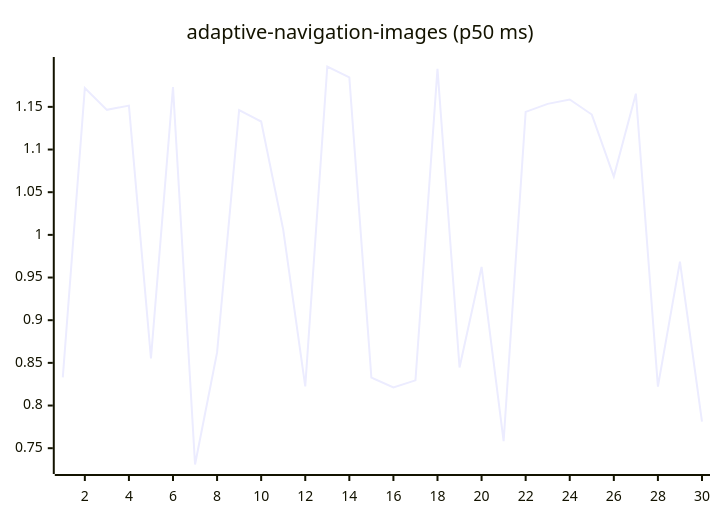
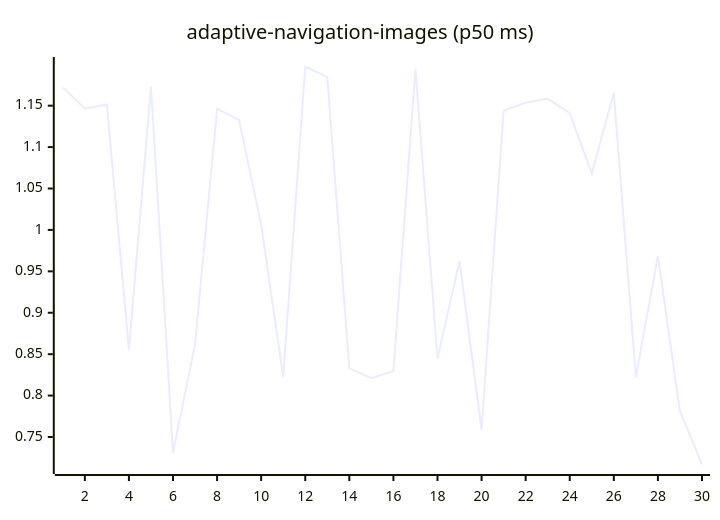
Before and after one commit to josha/Facet: the first of 27 diagrams in README.md, drawn with Mermaid. The commit also changed other lines of this file and 2 other files, not shown here.

````diff
--- a/README.md
+++ b/README.md
@@ -63,6 +63,6 @@
 ```mermaid
 xychart-beta
     title "adaptive-navigation-images (p50 ms)"
     x-axis 1 --> 30
-    line [0.8330, 1.1721, 1.1465, 1.1515, 0.8551, 1.1733, 0.7309, 0.8622, 1.1462, 1.1328, 1.0062, 0.8224, 1.1973, 1.1845, 0.8328, 0.8211, 0.8295, 1.1947, 0.8446, 0.9624, 0.7583, 1.1441, 1.1535, 1.1586, 1.1410, 1.0683, 1.1655, 0.8222, 0.9687, 0.7812]
+    line [1.1721, 1.1465, 1.1515, 0.8551, 1.1733, 0.7309, 0.8622, 1.1462, 1.1328, 1.0062, 0.8224, 1.1973, 1.1845, 0.8328, 0.8211, 0.8295, 1.1947, 0.8446, 0.9624, 0.7583, 1.1441, 1.1535, 1.1586, 1.1410, 1.0683, 1.1655, 0.8222, 0.9687, 0.7812, 0.7168]
 ```
````
